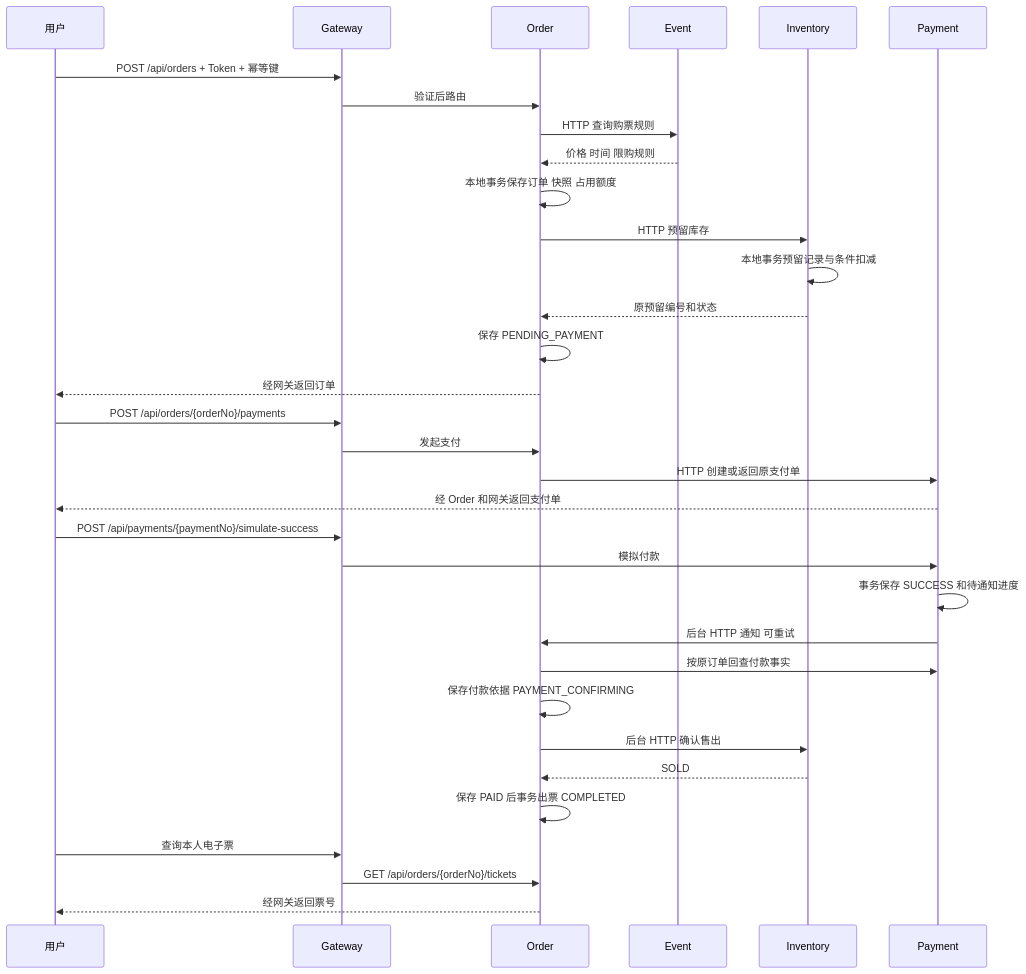
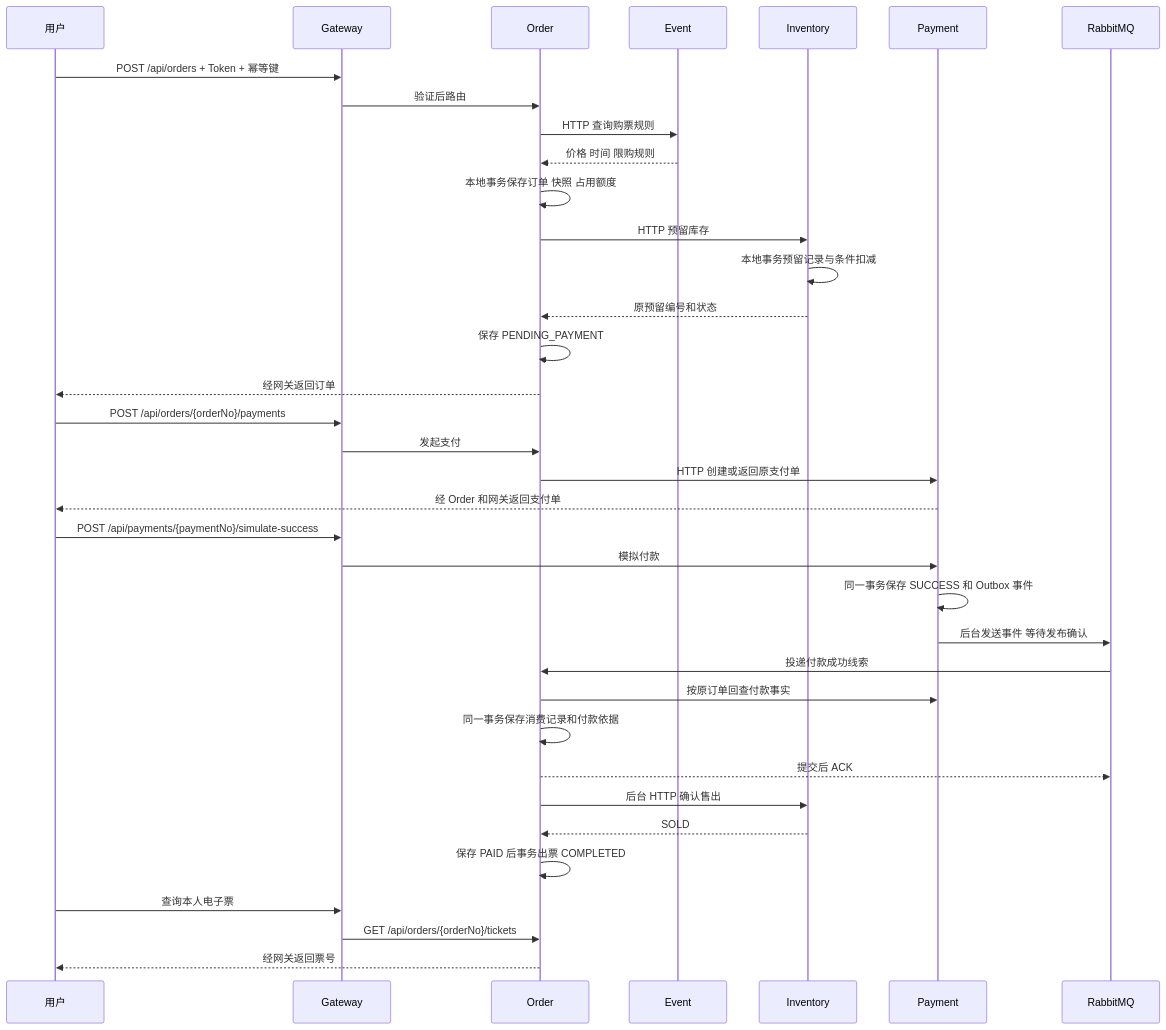
The second of 2 diagrams in docs/v1-architecture.md (yuan-bin-y/distributed-ticketing-system), drawn with Mermaid before and after one commit. The commit also changed other lines of this file and 120 other files, not shown here.

````diff
--- a/docs/v1-architecture.md
+++ b/docs/v1-architecture.md
@@ -40,35 +43,38 @@
 ```mermaid
 sequenceDiagram
     participant U as 用户
     participant G as Gateway
     participant O as Order
     participant E as Event
     participant I as Inventory
     participant P as Payment
+    participant Q as RabbitMQ
     U->>G: POST /api/orders + Token + 幂等键
     G->>O: 验证后路由
     O->>E: HTTP 查询购票规则
     E-->>O: 价格 时间 限购规则
     O->>O: 本地事务保存订单 快照 占用额度
     O->>I: HTTP 预留库存
     I->>I: 本地事务预留记录与条件扣减
     I-->>O: 原预留编号和状态
     O->>O: 保存 PENDING_PAYMENT
     O-->>U: 经网关返回订单
     U->>G: POST /api/orders/{orderNo}/payments
     G->>O: 发起支付
     O->>P: HTTP 创建或返回原支付单
     P-->>U: 经 Order 和网关返回支付单
     U->>G: POST /api/payments/{paymentNo}/simulate-success
     G->>P: 模拟付款
-    P->>P: 事务保存 SUCCESS 和待通知进度
-    P->>O: 后台 HTTP 通知 可重试
+    P->>P: 同一事务保存 SUCCESS 和 Outbox 事件
+    P->>Q: 后台发送事件 等待发布确认
+    Q->>O: 投递付款成功线索
     O->>P: 按原订单回查付款事实
-    O->>O: 保存付款依据 PAYMENT_CONFIRMING
+    O->>O: 同一事务保存消费记录和付款依据
+    O-->>Q: 提交后 ACK
     O->>I: 后台 HTTP 确认售出
     I-->>O: SOLD
     O->>O: 保存 PAID 后事务出票 COMPLETED
     U->>G: 查询本人电子票
     G->>O: GET /api/orders/{orderNo}/tickets
     O-->>U: 经网关返回票号
 ```
````
